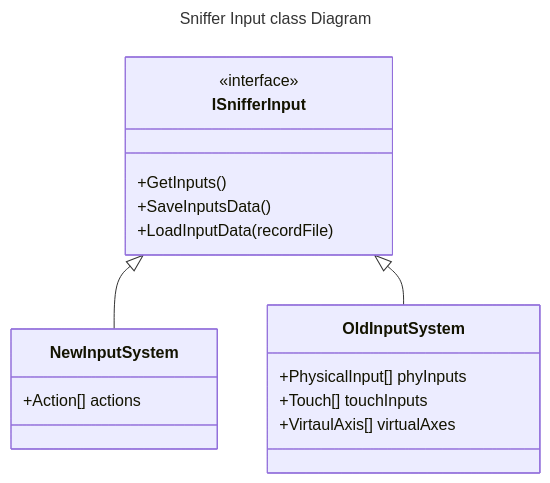
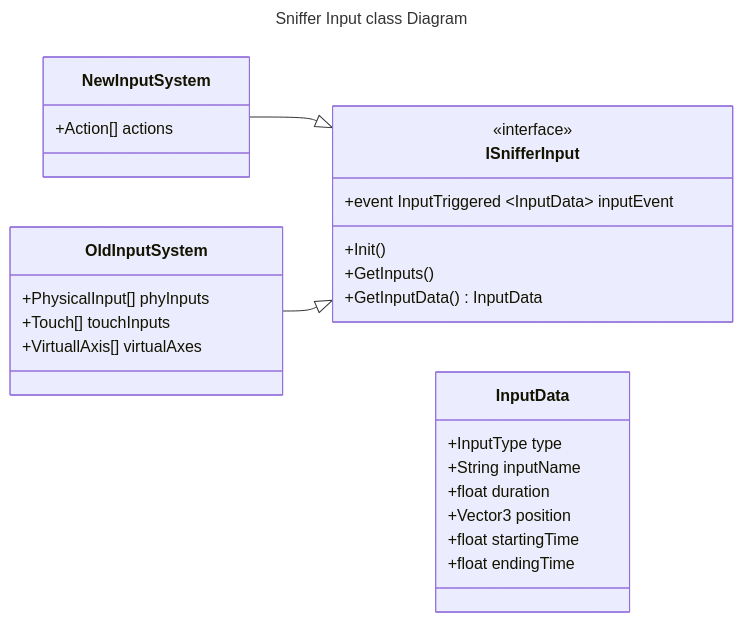
One commit to cmcm21/QAUnityTool changed the second of 3 diagrams in SnifferVault/Architecture/Sniffer Class Diagram.md. Above: the diagram before and after it, drawn with Mermaid. The commit also changed other lines of this file and 11073 other files, not shown here.

````diff
--- a/SnifferVault/Architecture/Sniffer Class Diagram.md
+++ b/SnifferVault/Architecture/Sniffer Class Diagram.md
@@ -40,26 +43,37 @@
 ```mermaid
 ---
 title: Sniffer Input class Diagram
 ---
 classDiagram
+direction RL
 class ISnifferInput{
 <<interface>>
+	+event InputTriggered ~InputData~ inputEvent
+	+Init()
 	+GetInputs()
-	+SaveInputsData()
-	+LoadInputData(recordFile)
+	+GetInputData() InputData
 }
 
 class NewInputSystem{
 	+Action[] actions
 }
 
 class OldInputSystem{
 	+PhysicalInput[] phyInputs
 	+Touch[] touchInputs
-	+VirtaulAxis[] virtualAxes
+	+VirtuallAxis[] virtualAxes
+}
+
+class InputData{
+	+InputType type
+	+String inputName
+	+float duration
+	+Vector3 position
+	+float startingTime
+	+float endingTime	
 }
 
 ISnifferInput <|--NewInputSystem
 ISnifferInput <|--OldInputSystem
 
 ```
````
